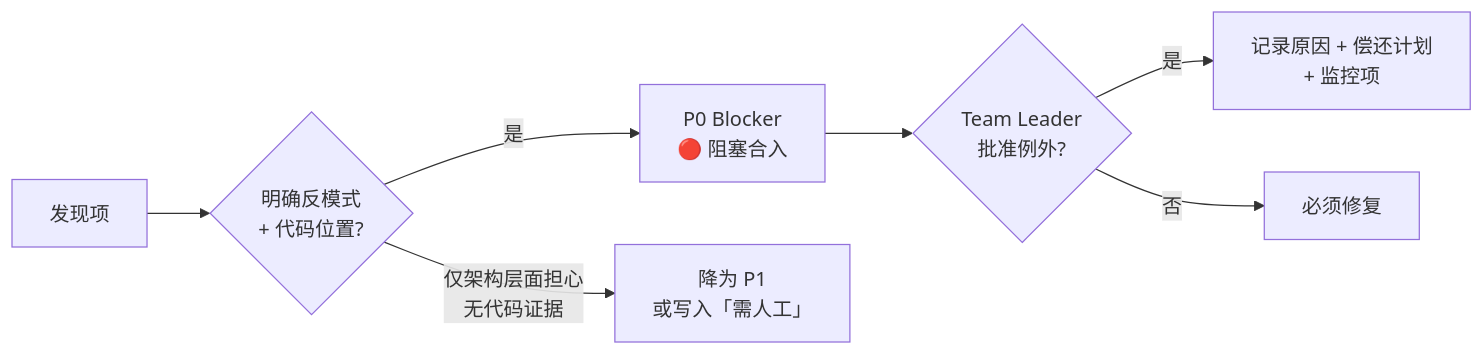
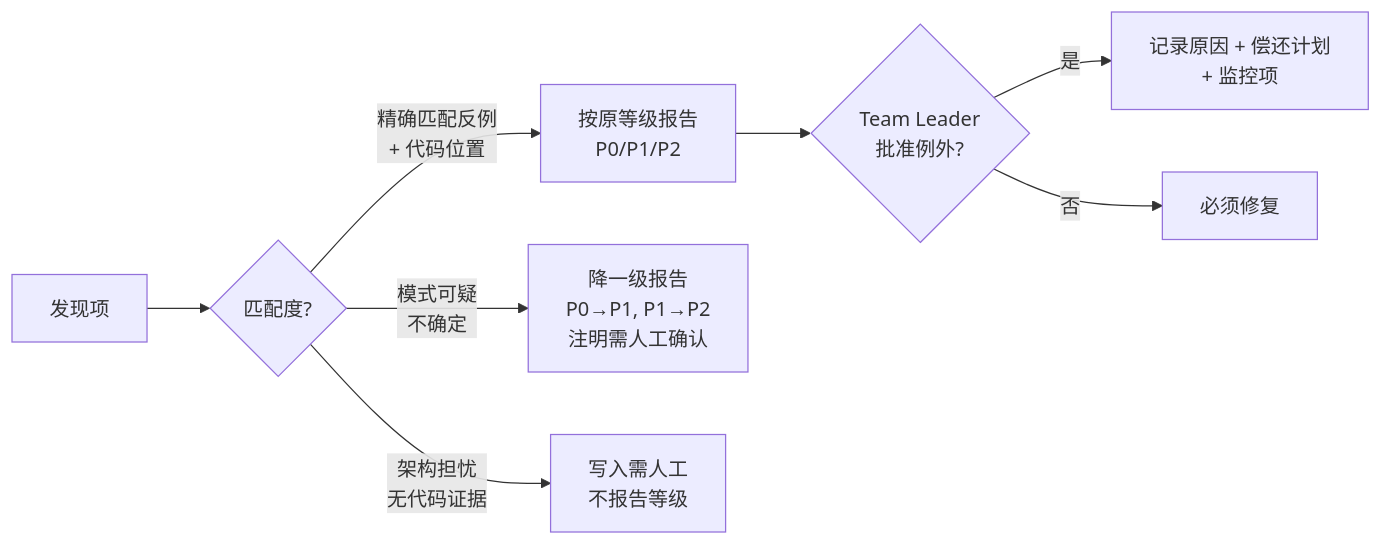
Before and after one commit to CaostGrace/ai-performance-code-review: the second of 4 diagrams in Android 性能 CR AI Code Review 技能 prd文档.md, drawn with Mermaid. The commit also changed other lines of this file and 36 other files, not shown here.

````diff
--- a/Android 性能 CR AI Code Review 技能 prd文档.md
+++ b/Android 性能 CR AI Code Review 技能 prd文档.md
@@ -233,9 +257,10 @@
 ```mermaid
 flowchart LR
-    Issue["发现项"] --> Match{"明确反模式<br/>+ 代码位置?"}
-    Match -->|"是"| P0["P0 Blocker<br/>🔴 阻塞合入"]
-    Match -->|"仅架构层面担心<br/>无代码证据"| Downgrade["降为 P1<br/>或写入「需人工」"]
+    Issue["发现项"] --> Match{"匹配度?"}
+    Match -->|"精确匹配反例<br/>+ 代码位置"| P0["按原等级报告<br/>P0/P1/P2"]
+    Match -->|"模式可疑<br/>不确定"| Downgrade["降一级报告<br/>P0→P1, P1→P2<br/>注明需人工确认"]
+    Match -->|"架构担忧<br/>无代码证据"| Manual["写入需人工<br/>不报告等级"]
     P0 --> Exception{"Team Leader<br/>批准例外?"}
     Exception -->|"是"| Record["记录原因 + 偿还计划<br/>+ 监控项"]
     Exception -->|"否"| MustFix["必须修复"]
 ```
````
